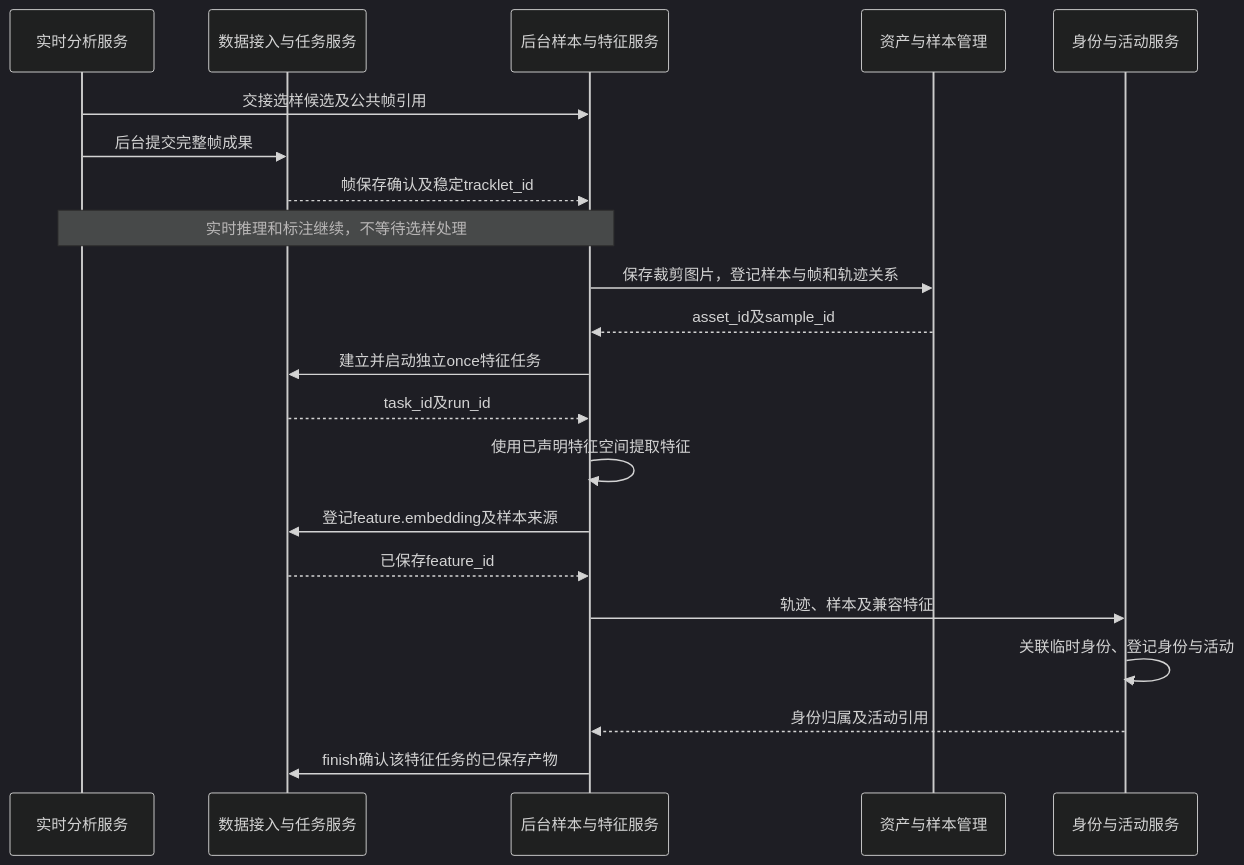
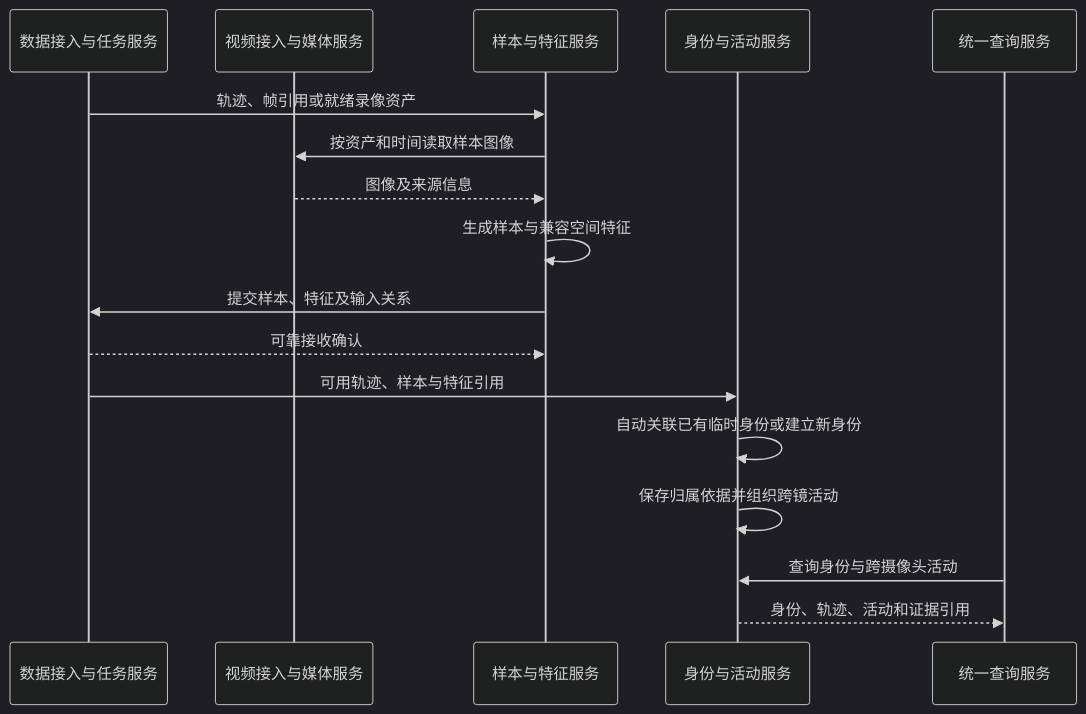
Before and after one commit to YwAcle/hxjm-monitor: the fourth of 7 diagrams in docs/系统架构说明书.md, drawn with Mermaid (dark theme). The commit also changed other lines of this file and 1156 other files, not shown here.

````diff
--- a/docs/系统架构说明书.md
+++ b/docs/系统架构说明书.md
@@ -309,23 +278,19 @@
 ```mermaid
 sequenceDiagram
-  participant R as 实时分析服务
   participant T as 数据接入与任务服务
-  participant F as 后台样本与特征服务
-  participant M as 资产与样本管理
+  participant M as 视频接入与媒体服务
+  participant F as 样本与特征服务
   participant I as 身份与活动服务
-  R->>F: 交接选样候选及公共帧引用
-  R->>T: 后台提交完整帧成果
-  T-->>F: 帧保存确认及稳定tracklet_id
-  Note over R,F: 实时推理和标注继续，不等待选样处理
-  F->>M: 保存裁剪图片，登记样本与帧和轨迹关系
-  M-->>F: asset_id及sample_id
-  F->>T: 建立并启动独立once特征任务
-  T-->>F: task_id及run_id
-  F->>F: 使用已声明特征空间提取特征
-  F->>T: 登记feature.embedding及样本来源
-  T-->>F: 已保存feature_id
-  F->>I: 轨迹、样本及兼容特征
-  I->>I: 关联临时身份、登记身份与活动
-  I-->>F: 身份归属及活动引用
-  F->>T: finish确认该特征任务的已保存产物
+  participant Q as 统一查询服务
+  T->>F: 轨迹、帧引用或就绪录像资产
+  F->>M: 按资产和时间读取样本图像
+  M-->>F: 图像及来源信息
+  F->>F: 生成样本与兼容空间特征
+  F->>T: 提交样本、特征及输入关系
+  T-->>F: 可靠接收确认
+  T->>I: 可用轨迹、样本与特征引用
+  I->>I: 自动关联已有临时身份或建立新身份
+  I->>I: 保存归属依据并组织跨镜活动
+  Q->>I: 查询身份与跨摄像头活动
+  I-->>Q: 身份、轨迹、活动和证据引用
 ```
````
